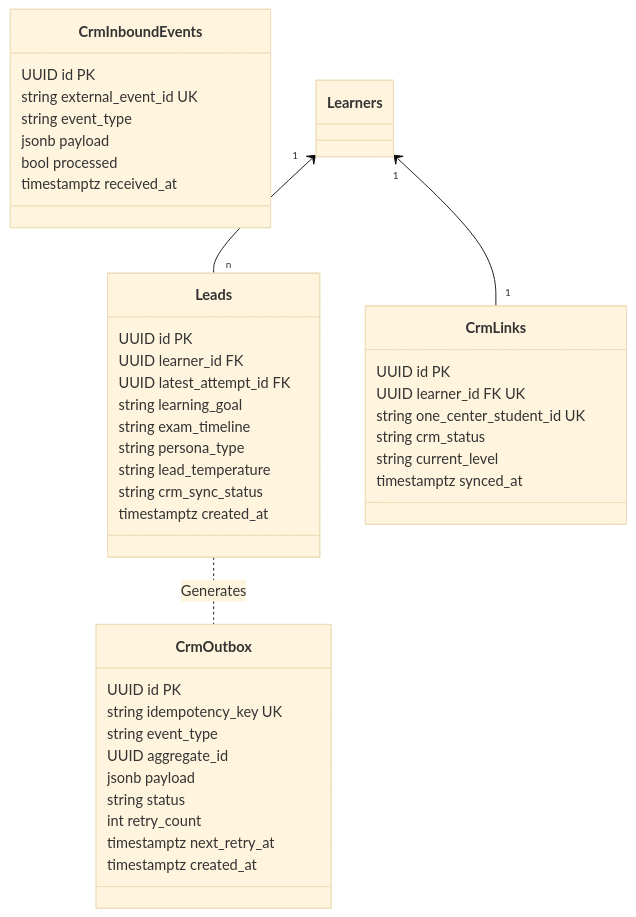
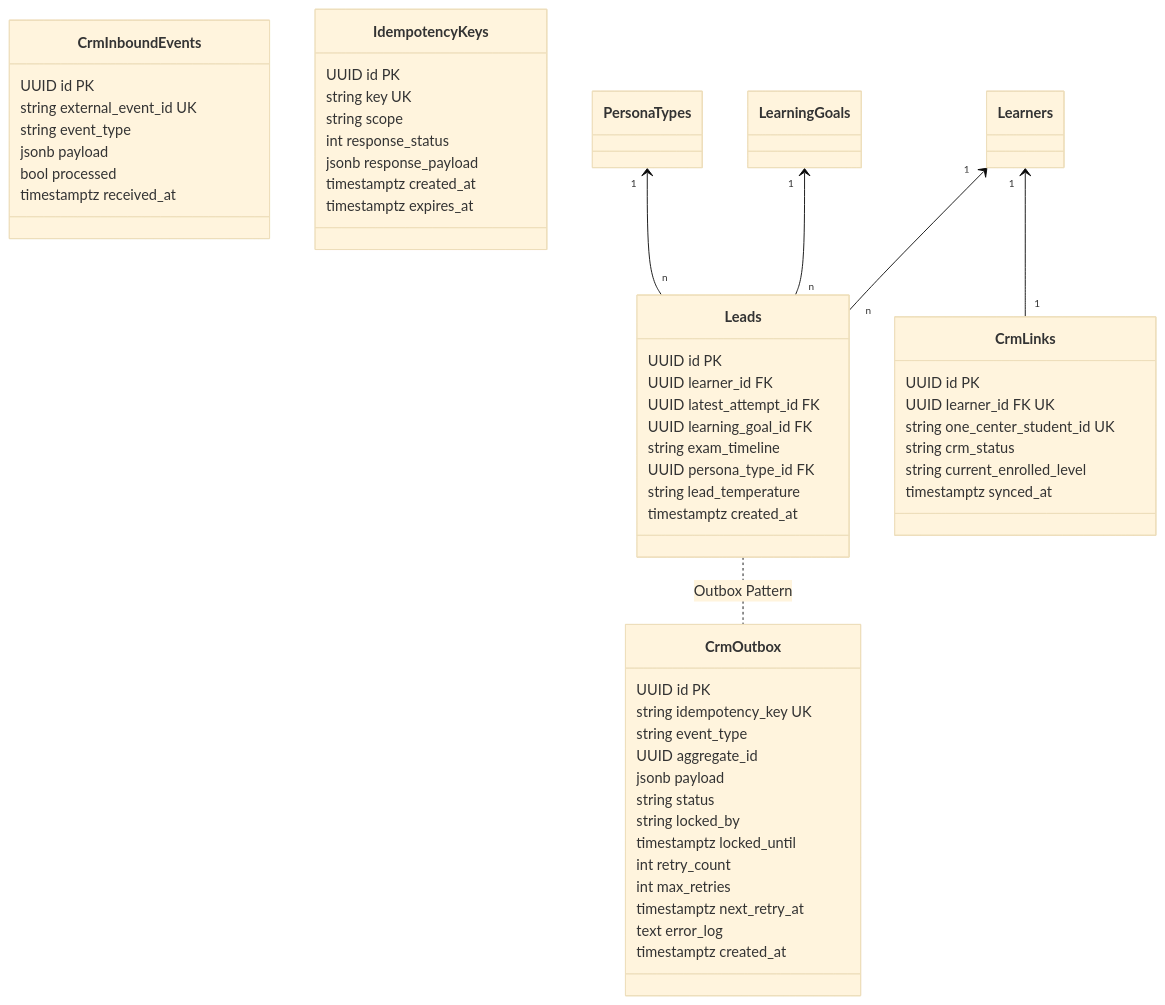
The fourth of 7 diagrams in docs/architecture/02-data-model.md (hoangthanhpro97/shd-tuhoctiengduc), drawn with Mermaid (base theme) before and after one commit. The commit also changed other lines of this file, not shown here.

Commit message:
docs(architecture): upgrade data model to v1.1 with grading pipeline, section timers, and security controls

````diff
--- a/docs/architecture/02-data-model.md
+++ b/docs/architecture/02-data-model.md
@@ -288,46 +349,60 @@
 ```mermaid
 classDiagram
     direction TB
     class Leads {
         UUID id PK
         UUID learner_id FK
         UUID latest_attempt_id FK
-        string learning_goal
+        UUID learning_goal_id FK
         string exam_timeline
-        string persona_type
+        UUID persona_type_id FK
         string lead_temperature
-        string crm_sync_status
         timestamptz created_at
     }
     class CrmOutbox {
         UUID id PK
         string idempotency_key UK
         string event_type
         UUID aggregate_id
         jsonb payload
         string status
+        string locked_by
+        timestamptz locked_until
         int retry_count
+        int max_retries
         timestamptz next_retry_at
+        text error_log
         timestamptz created_at
     }
     class CrmLinks {
         UUID id PK
         UUID learner_id FK UK
         string one_center_student_id UK
         string crm_status
-        string current_level
+        string current_enrolled_level
         timestamptz synced_at
     }
     class CrmInboundEvents {
         UUID id PK
         string external_event_id UK
         string event_type
         jsonb payload
         bool processed
         timestamptz received_at
     }
+    class IdempotencyKeys {
+        UUID id PK
+        string key UK
+        string scope
+        int response_status
+        jsonb response_payload
+        timestamptz created_at
+        timestamptz expires_at
+    }
 
     Learners "1" <-- "n" Leads
+    LearningGoals "1" <-- "n" Leads
+    PersonaTypes "1" <-- "n" Leads
     Learners "1" <-- "1" CrmLinks
-    Leads .. CrmOutbox : Generates
+    Leads .. CrmOutbox : Outbox Pattern
 ```
````
